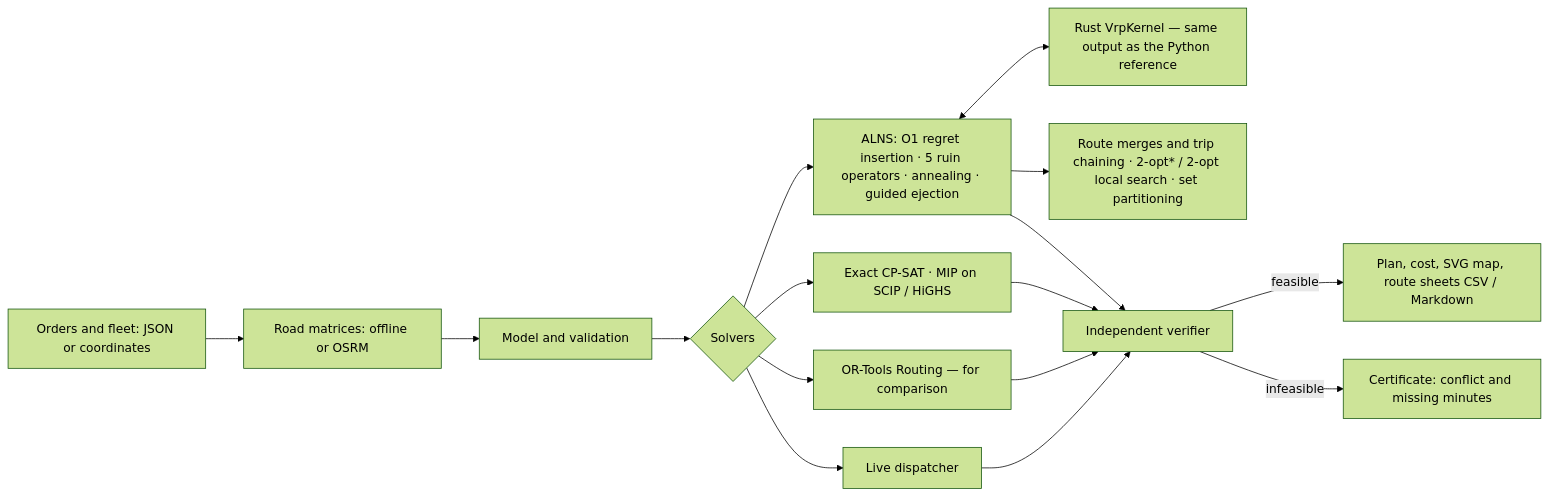
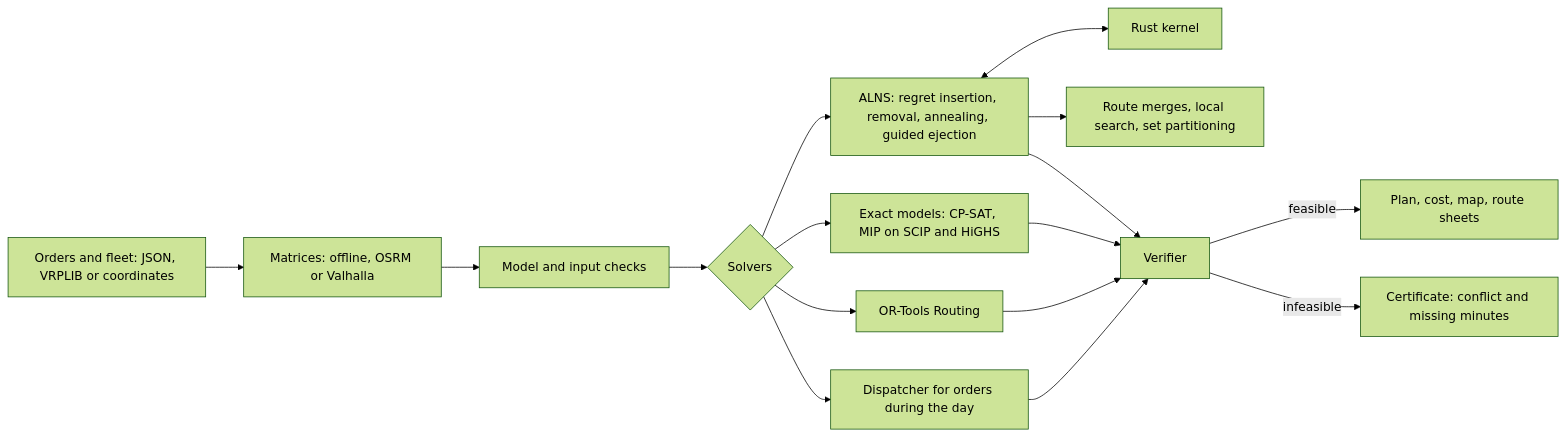
The diagram in README.en.md (KonkovDV/SynAPS-MobiRoute), drawn with Mermaid (forest theme) before and after one commit. The commit also changed other lines of this file and 15 other files, not shown here.

````diff
--- a/README.en.md
+++ b/README.en.md
@@ -145,18 +129,18 @@
 ```mermaid
 flowchart LR
-  A[Orders and fleet: JSON or coordinates] --> G[Road matrices: offline or OSRM]
-  G --> B[Model and validation]
+  A[Orders and fleet: JSON, VRPLIB or coordinates] --> G[Matrices: offline, OSRM or Valhalla]
+  G --> B[Model and input checks]
   B --> C{Solvers}
-  C --> D[ALNS: O1 regret insertion · 5 ruin operators · annealing · guided ejection]
-  D <--> K[Rust VrpKernel — same output as the Python reference]
-  D --> M[Route merges and trip chaining · 2-opt* / 2-opt local search · set partitioning]
-  C --> E[Exact CP-SAT · MIP on SCIP / HiGHS]
-  C --> O[OR-Tools Routing — for comparison]
-  C --> R[Live dispatcher]
-  D --> V[Independent verifier]
+  C --> D[ALNS: regret insertion, removal, annealing, guided ejection]
+  D <--> K[Rust kernel]
+  D --> M[Route merges, local search, set partitioning]
+  C --> E[Exact models: CP-SAT, MIP on SCIP and HiGHS]
+  C --> O[OR-Tools Routing]
+  C --> R[Dispatcher for orders during the day]
+  D --> V[Verifier]
   E --> V
   O --> V
   R --> V
-  V -->|feasible| P[Plan, cost, SVG map, route sheets CSV / Markdown]
+  V -->|feasible| P[Plan, cost, map, route sheets]
   V -->|infeasible| H[Certificate: conflict and missing minutes]
 ```
````
